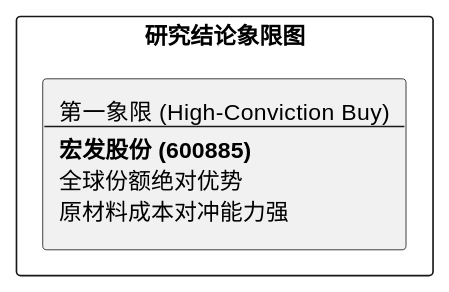
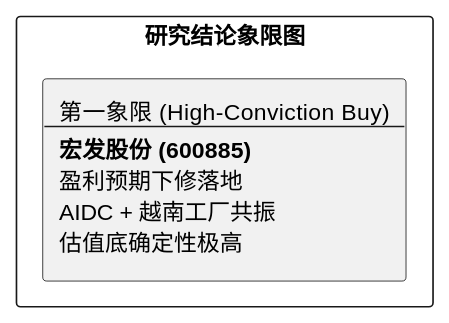
Before and after one commit to hrzzzrh/QuantPyLab: the diagram in investigation/equities/宏发股份/reports/研报章节七：投资摘要与风险因素.md, drawn with PlantUML. The commit also changed other lines of this file and 159 other files, not shown here.

````diff
--- a/investigation/equities/宏发股份/reports/研报章节七：投资摘要与风险因素.md
+++ b/investigation/equities/宏发股份/reports/研报章节七：投资摘要与风险因素.md
@@ -24,7 +24,7 @@
 ```plantuml
 @startuml
 rectangle "研究结论象限图" {
-    rectangle "第一象限 (High-Conviction Buy)\n--\n**宏发股份 (600885)**\n全球份额绝对优势\n原材料成本对冲能力强" as Q1
+    rectangle "第一象限 (High-Conviction Buy)\n--\n**宏发股份 (600885)**\n盈利预期下修落地\nAIDC + 越南工厂共振\n估值底确定性极高" as Q1
 }
 @enduml
 ```
````
